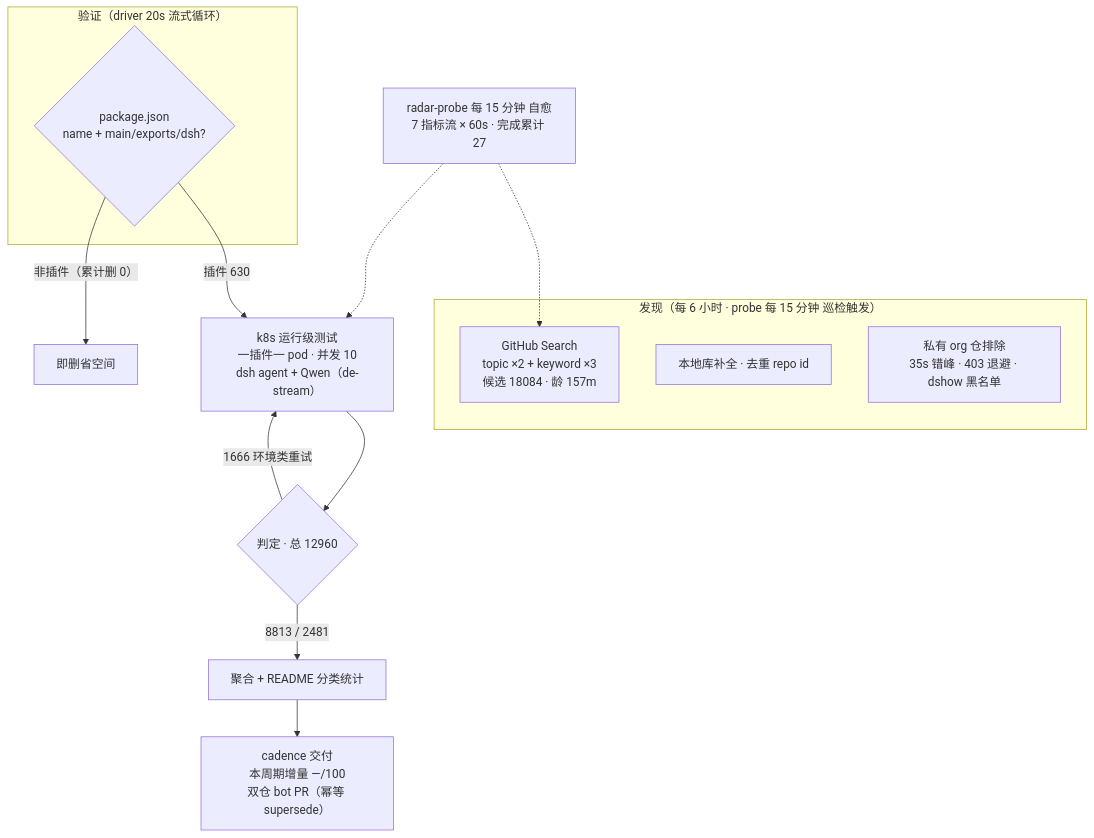
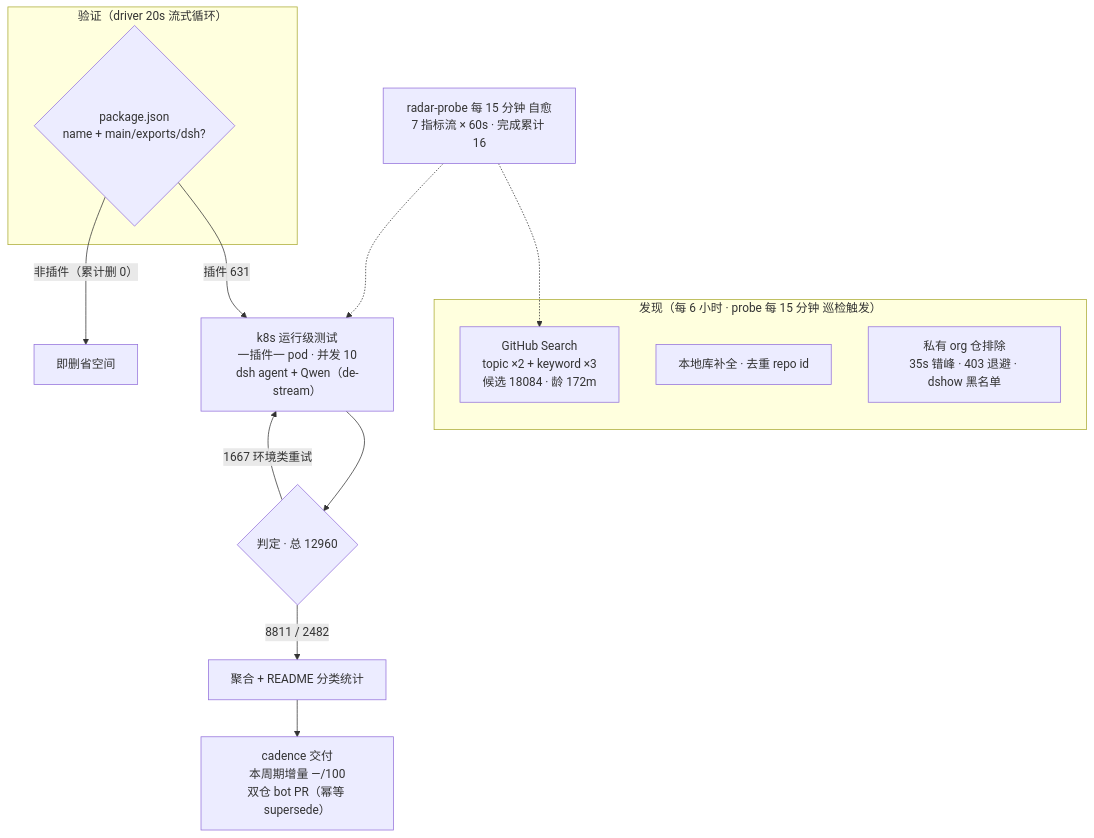
One commit to AdamPlatin123/awesome-dsh-plugins changed the diagram in README.md. Above: the diagram before and after it, drawn with Mermaid. The commit also changed other lines of this file and 5 other files, not shown here.

````diff
--- a/README.md
+++ b/README.md
@@ -52,20 +52,20 @@
 ```mermaid
 flowchart TB
     subgraph Discovery["发现（每 6 小时 · probe 每 15 分钟 巡检触发）"]
-        A1["GitHub Search<br/>topic ×2 + keyword ×3<br/>候选 18084 · 龄 157m"]
+        A1["GitHub Search<br/>topic ×2 + keyword ×3<br/>候选 18084 · 龄 172m"]
         A2["本地库补全 · 去重 repo id"]
         A3["私有 org 仓排除<br/>35s 错峰 · 403 退避 · dshow 黑名单"]
     end
     subgraph Validation["验证（driver 20s 流式循环）"]
         B1{"package.json<br/>name + main/exports/dsh?"}
     end
-    B1 -->|"插件 630"| C1["k8s 运行级测试<br/>一插件一 pod · 并发 10<br/>dsh agent + Qwen（de-stream）"]
+    B1 -->|"插件 631"| C1["k8s 运行级测试<br/>一插件一 pod · 并发 10<br/>dsh agent + Qwen（de-stream）"]
     B1 -->|"非插件（累计删 0）"| B3["即删省空间"]
     C1 --> D1{"判定 · 总 12960"}
-    D1 -->|"8813 / 2481"| E1["聚合 + README 分类统计"]
-    D1 -->|"1666 环境类重试"| C1
+    D1 -->|"8811 / 2482"| E1["聚合 + README 分类统计"]
+    D1 -->|"1667 环境类重试"| C1
     E1 --> E2["cadence 交付<br/>本周期增量 —/100<br/>双仓 bot PR（幂等 supersede）"]
-    M["radar-probe 每 15 分钟 自愈<br/>7 指标流 × 60s · 完成累计 27"]
+    M["radar-probe 每 15 分钟 自愈<br/>7 指标流 × 60s · 完成累计 16"]
     M -.-> A1
     M -.-> C1
 ```
````
